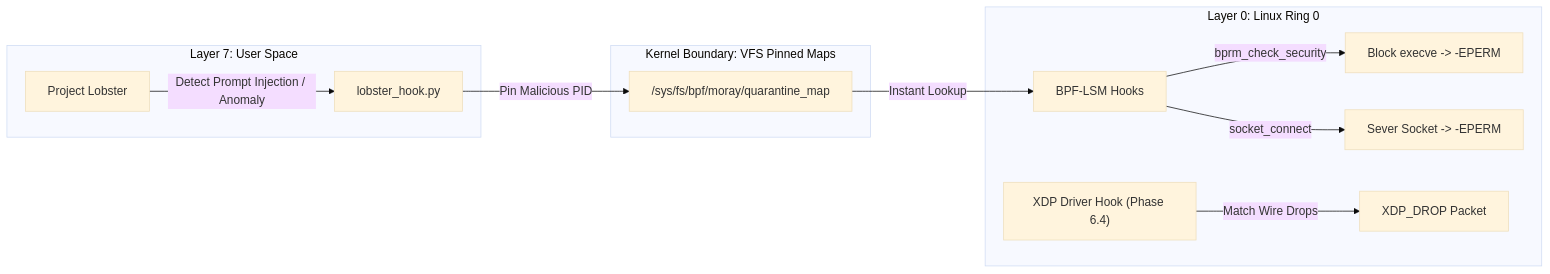
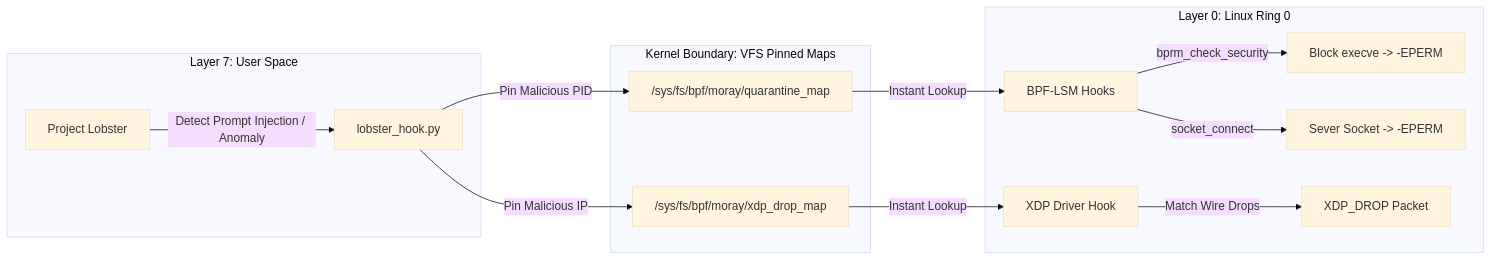
One commit to codebyangelo/project-moray changed the diagram in README.md. Above: the diagram before and after it, drawn with Mermaid (base theme). The commit also changed other lines of this file and 11 other files, not shown here.

First line of the commit message:
feat(xdp): implement wire-level packet dropping and interface attachment (Phase 6.4)

````diff
--- a/README.md
+++ b/README.md
@@ -17,17 +17,19 @@
 ```mermaid
 graph LR
     subgraph Layer 7: User Space
         L[Project Lobster] -->|Detect Prompt Injection / Anomaly| B[lobster_hook.py]
     end
 
     subgraph Kernel Boundary: VFS Pinned Maps
         B -->|Pin Malicious PID| M["/sys/fs/bpf/moray/quarantine_map"]
+        B -->|Pin Malicious IP| X["/sys/fs/bpf/moray/xdp_drop_map"]
     end
 
     subgraph Layer 0: Linux Ring 0
         M -->|Instant Lookup| LSM[BPF-LSM Hooks]
         LSM -->|bprm_check_security| S1[Block execve -> -EPERM]
         LSM -->|socket_connect| S2[Sever Socket -> -EPERM]
-        XDP["XDP Driver Hook (Phase 6.4)"] -->|Match Wire Drops| S3[XDP_DROP Packet]
+        X -->|Instant Lookup| XDP[XDP Driver Hook]
+        XDP -->|Match Wire Drops| S3[XDP_DROP Packet]
     end
 ```
````
